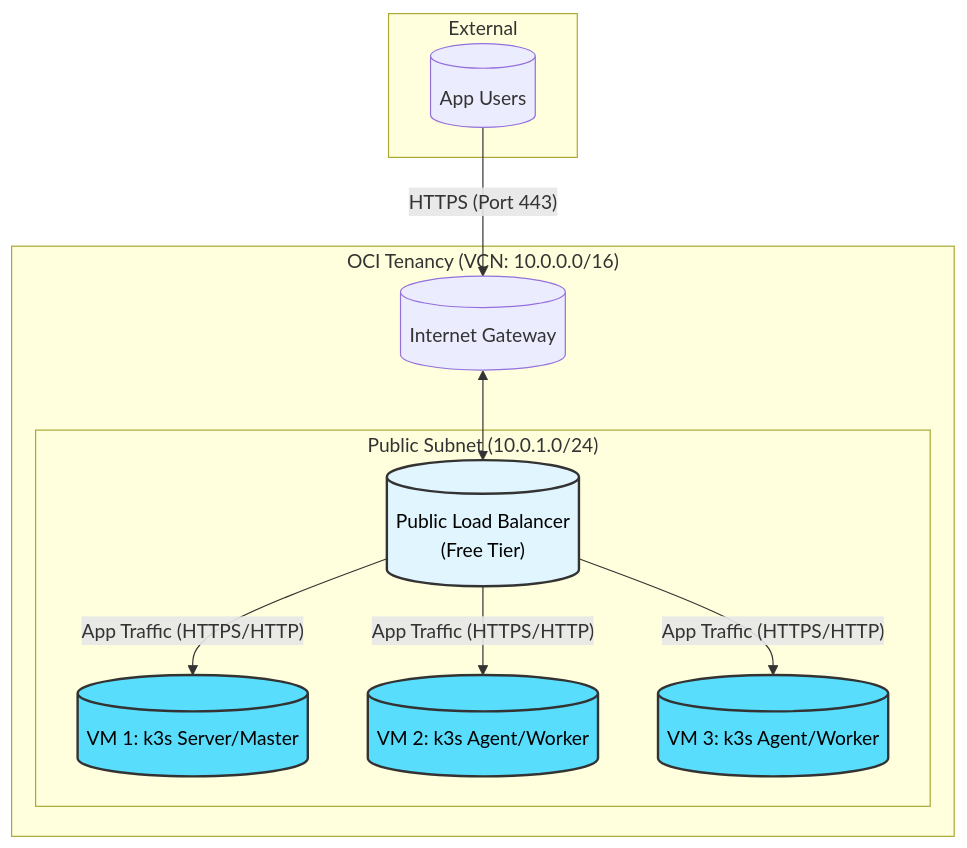
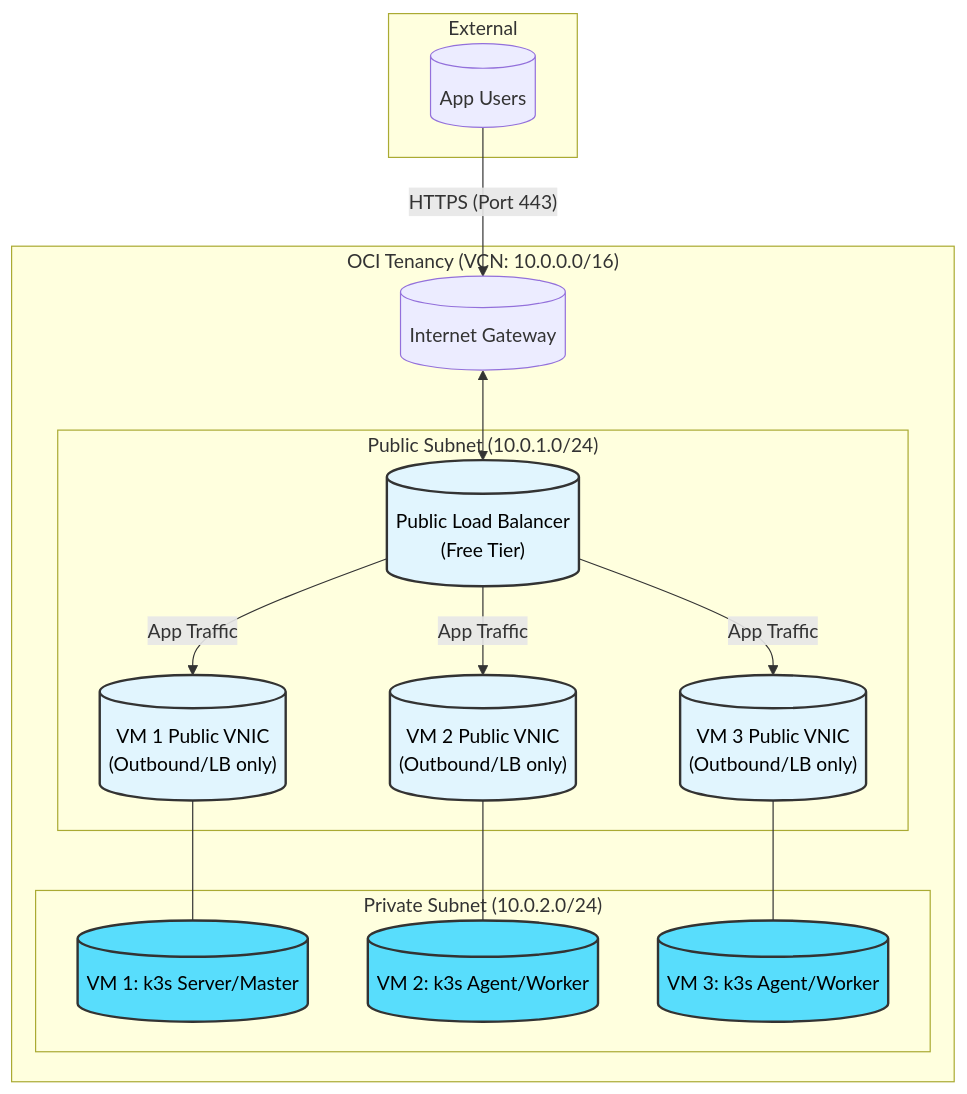
Before and after one commit to VilleJuhan1/Fullstack-websovelluskehitys-osa14-projekti: the first of 3 diagrams in Infrastructure/layout.md, drawn with Mermaid. The commit also changed other lines of this file and 8 other files, not shown here.

````diff
--- a/Infrastructure/layout.md
+++ b/Infrastructure/layout.md
@@ -3,34 +3,45 @@
 ```mermaid
 %%{init: {
   "flowchart": {
     "ranksep": 80,
     "nodesep": 80
   }
 }}%%
 graph TD
     subgraph "External"
         Users[("App Users")]
     end
 
     subgraph "OCI Tenancy (VCN: 10.0.0.0/16)"
         IGW[("Internet Gateway")]
 
         subgraph "Public Subnet (10.0.1.0/24)"
             LB[("Public Load Balancer<br/>(Free Tier)")]
+            PubVNIC1[("VM 1 Public VNIC<br/>(Outbound/LB only)")]
+            PubVNIC2[("VM 2 Public VNIC<br/>(Outbound/LB only)")]
+            PubVNIC3[("VM 3 Public VNIC<br/>(Outbound/LB only)")]
+        end
+
+        subgraph "Private Subnet (10.0.2.0/24)"
             MasterVM[("VM 1: k3s Server/Master")]
             AgentVM1[("VM 2: k3s Agent/Worker")]
             AgentVM2[("VM 3: k3s Agent/Worker")]
         end
     end
 
     Users -- "HTTPS (Port 443)" --> IGW
     IGW <--> LB
-    LB -- "App Traffic (HTTPS/HTTP)" --> MasterVM
-    LB -- "App Traffic (HTTPS/HTTP)" --> AgentVM1
-    LB -- "App Traffic (HTTPS/HTTP)" --> AgentVM2
+    LB -- "App Traffic" --> PubVNIC1
+    LB -- "App Traffic" --> PubVNIC2
+    LB -- "App Traffic" --> PubVNIC3
+
+    PubVNIC1 --- MasterVM
+    PubVNIC2 --- AgentVM1
+    PubVNIC3 --- AgentVM2
 
     classDef public fill:#e1f5fe,stroke:#333,stroke-width:2px,color:#000000;
+    classDef private fill:#e8f5e9,stroke:#333,stroke-width:2px,color:#000000;
     classDef vm fill:#58DDFC,stroke:#333,stroke-width:2px,color:#000000;
-    class LB public;
+    class LB,PubVNIC1,PubVNIC2,PubVNIC3 public;
     class MasterVM,AgentVM1,AgentVM2 vm;
 ```
````
